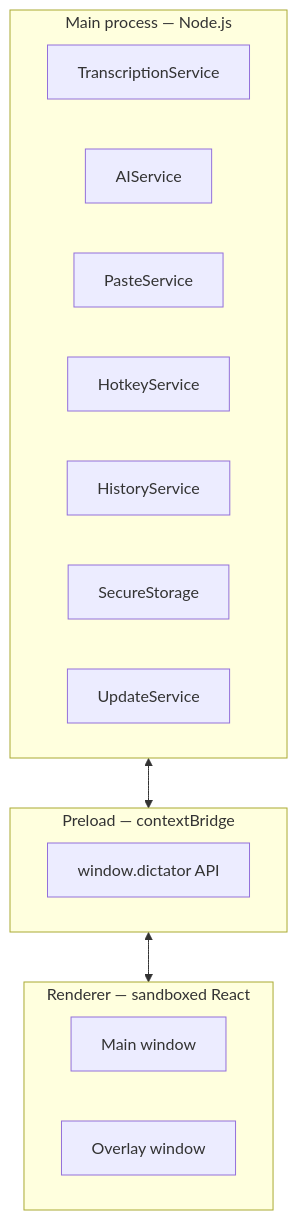
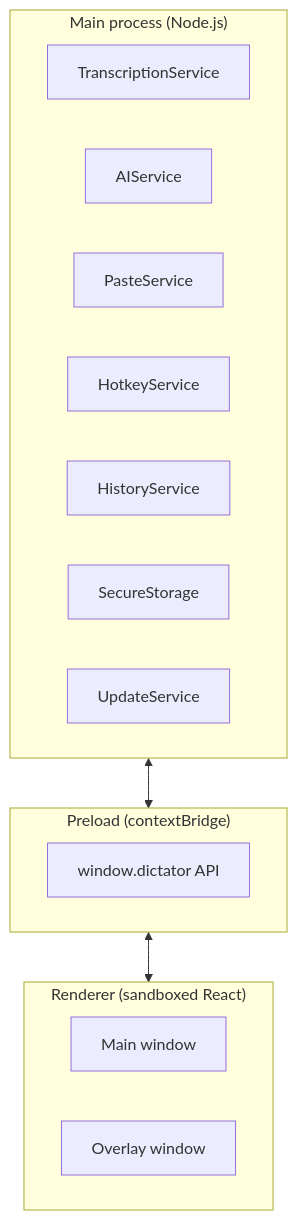
Before and after one commit to kubaasa/the-dictator: the fourth of 4 diagrams in README.md, drawn with Mermaid. The commit also changed other lines of this file, not shown here.

````diff
--- a/README.md
+++ b/README.md
@@ -431,21 +431,21 @@
 ```mermaid
 flowchart TB
-    subgraph Main["Main process — Node.js"]
+    subgraph Main["Main process (Node.js)"]
         S1[TranscriptionService]
         S2[AIService]
         S3[PasteService]
         S4[HotkeyService]
         S5[HistoryService]
         S6[SecureStorage]
         S7[UpdateService]
     end
-    subgraph Preload["Preload — contextBridge"]
+    subgraph Preload["Preload (contextBridge)"]
         P[window.dictator API]
     end
-    subgraph Renderer["Renderer — sandboxed React"]
+    subgraph Renderer["Renderer (sandboxed React)"]
         R1[Main window]
         R2[Overlay window]
     end
     Main <--> Preload
     Preload <--> Renderer
 ```
````
